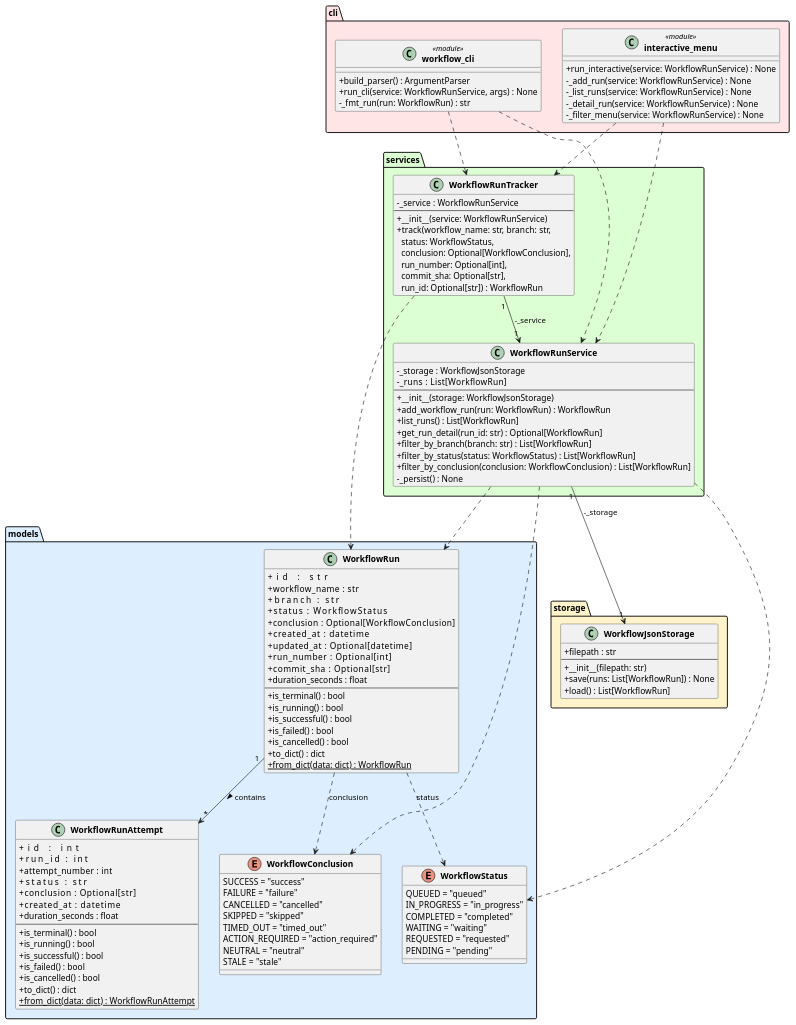
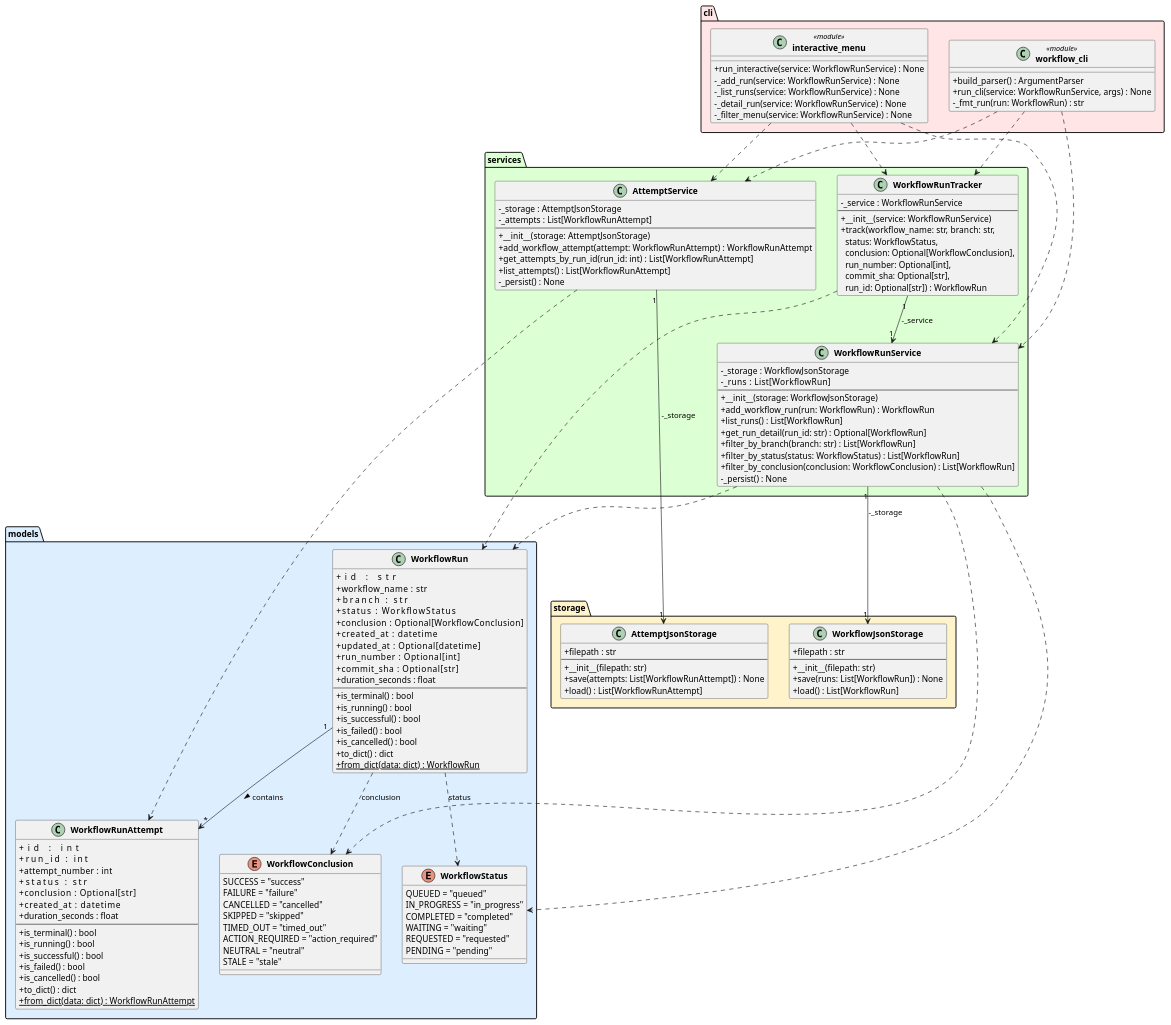
Before and after one commit to DanielRiha8906/Software_autoevolution_using_agents: the diagram in experiments/broadcast/structured_text/github-workflow-manager/artifacts/class_diagram.puml, drawn with PlantUML. The commit also changed 13 other files, not shown here.

```diff
--- a/experiments/broadcast/structured_text/github-workflow-manager/artifacts/class_diagram.puml
+++ b/experiments/broadcast/structured_text/github-workflow-manager/artifacts/class_diagram.puml
@@ -1,130 +1,153 @@
 @startuml class_diagram
 
 skinparam classAttributeIconSize 0
 skinparam classFontStyle bold
 
 package "models" #DDEEFF {
     enum WorkflowStatus {
         QUEUED = "queued"
         IN_PROGRESS = "in_progress"
         COMPLETED = "completed"
         WAITING = "waiting"
         REQUESTED = "requested"
         PENDING = "pending"
     }
 
     enum WorkflowConclusion {
         SUCCESS = "success"
         FAILURE = "failure"
         CANCELLED = "cancelled"
         SKIPPED = "skipped"
         TIMED_OUT = "timed_out"
         ACTION_REQUIRED = "action_required"
         NEUTRAL = "neutral"
         STALE = "stale"
     }
 
     class WorkflowRun {
         +id               : str
         +workflow_name    : str
         +branch           : str
         +status           : WorkflowStatus
         +conclusion       : Optional[WorkflowConclusion]
         +created_at       : datetime
         +updated_at       : Optional[datetime]
         +run_number       : Optional[int]
         +commit_sha       : Optional[str]
         +duration_seconds : float
         --
         +is_terminal() : bool
         +is_running() : bool
         +is_successful() : bool
         +is_failed() : bool
         +is_cancelled() : bool
         +to_dict() : dict
         +{static} from_dict(data: dict) : WorkflowRun
     }
 
     class WorkflowRunAttempt {
         +id               : int
         +run_id           : int
         +attempt_number   : int
         +status           : str
         +conclusion       : Optional[str]
         +created_at       : datetime
         +duration_seconds : float
         --
         +is_terminal() : bool
         +is_running() : bool
         +is_successful() : bool
         +is_failed() : bool
         +is_cancelled() : bool
         +to_dict() : dict
         +{static} from_dict(data: dict) : WorkflowRunAttempt
     }
 }
 
 package "storage" #FFF3CC {
     class WorkflowJsonStorage {
         +filepath : str
         --
         +__init__(filepath: str)
         +save(runs: List[WorkflowRun]) : None
         +load() : List[WorkflowRun]
     }
+
+    class AttemptJsonStorage {
+        +filepath : str
+        --
+        +__init__(filepath: str)
+        +save(attempts: List[WorkflowRunAttempt]) : None
+        +load() : List[WorkflowRunAttempt]
+    }
 }
 
 package "services" #DDFFD4 {
     class WorkflowRunService {
         -_storage : WorkflowJsonStorage
         -_runs    : List[WorkflowRun]
         --
         +__init__(storage: WorkflowJsonStorage)
         +add_workflow_run(run: WorkflowRun) : WorkflowRun
         +list_runs() : List[WorkflowRun]
         +get_run_detail(run_id: str) : Optional[WorkflowRun]
         +filter_by_branch(branch: str) : List[WorkflowRun]
         +filter_by_status(status: WorkflowStatus) : List[WorkflowRun]
         +filter_by_conclusion(conclusion: WorkflowConclusion) : List[WorkflowRun]
         -_persist() : None
     }
 
     class WorkflowRunTracker {
         -_service : WorkflowRunService
         --
         +__init__(service: WorkflowRunService)
         +track(workflow_name: str, branch: str,\n  status: WorkflowStatus,\n  conclusion: Optional[WorkflowConclusion],\n  run_number: Optional[int],\n  commit_sha: Optional[str],\n  run_id: Optional[str]) : WorkflowRun
+    }
+
+    class AttemptService {
+        -_storage : AttemptJsonStorage
+        -_attempts : List[WorkflowRunAttempt]
+        --
+        +__init__(storage: AttemptJsonStorage)
+        +add_workflow_attempt(attempt: WorkflowRunAttempt) : WorkflowRunAttempt
+        +get_attempts_by_run_id(run_id: int) : List[WorkflowRunAttempt]
+        +list_attempts() : List[WorkflowRunAttempt]
+        -_persist() : None
     }
 }
 
 package "cli" #FFE5E5 {
     class "workflow_cli" <<module>> {
         +build_parser() : ArgumentParser
         +run_cli(service: WorkflowRunService, args) : None
         -_fmt_run(run: WorkflowRun) : str
     }
 
     class "interactive_menu" <<module>> {
         +run_interactive(service: WorkflowRunService) : None
         -_add_run(service: WorkflowRunService) : None
         -_list_runs(service: WorkflowRunService) : None
         -_detail_run(service: WorkflowRunService) : None
         -_filter_menu(service: WorkflowRunService) : None
     }
 }
 
 WorkflowRun                "1" --> "*" WorkflowRunAttempt   : contains >
 WorkflowRun                ..>  WorkflowStatus        : status
 WorkflowRun                ..>  WorkflowConclusion    : conclusion
 WorkflowRunService    "1" --> "1" WorkflowJsonStorage : -_storage
 WorkflowRunService         ..>  WorkflowRun
 WorkflowRunService         ..>  WorkflowStatus
 WorkflowRunService         ..>  WorkflowConclusion
 WorkflowRunTracker    "1" --> "1" WorkflowRunService  : -_service
 WorkflowRunTracker         ..>  WorkflowRun
+AttemptService       "1" --> "1" AttemptJsonStorage   : -_storage
+AttemptService             ..>  WorkflowRunAttempt
 "workflow_cli"             ..>  WorkflowRunService
 "workflow_cli"             ..>  WorkflowRunTracker
+"workflow_cli"             ..>  AttemptService
 "interactive_menu"         ..>  WorkflowRunService
 "interactive_menu"         ..>  WorkflowRunTracker
+"interactive_menu"         ..>  AttemptService
 
 @enduml
```
